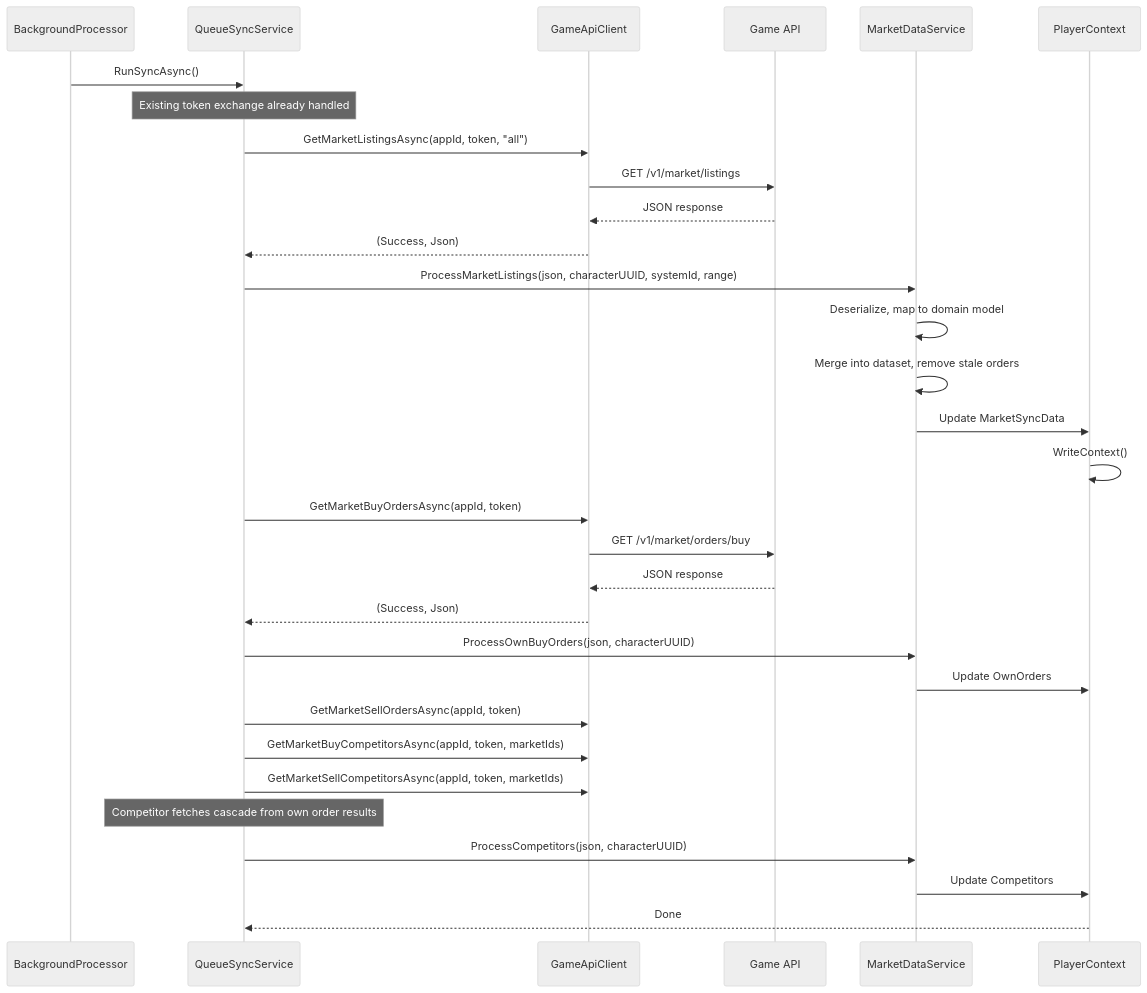
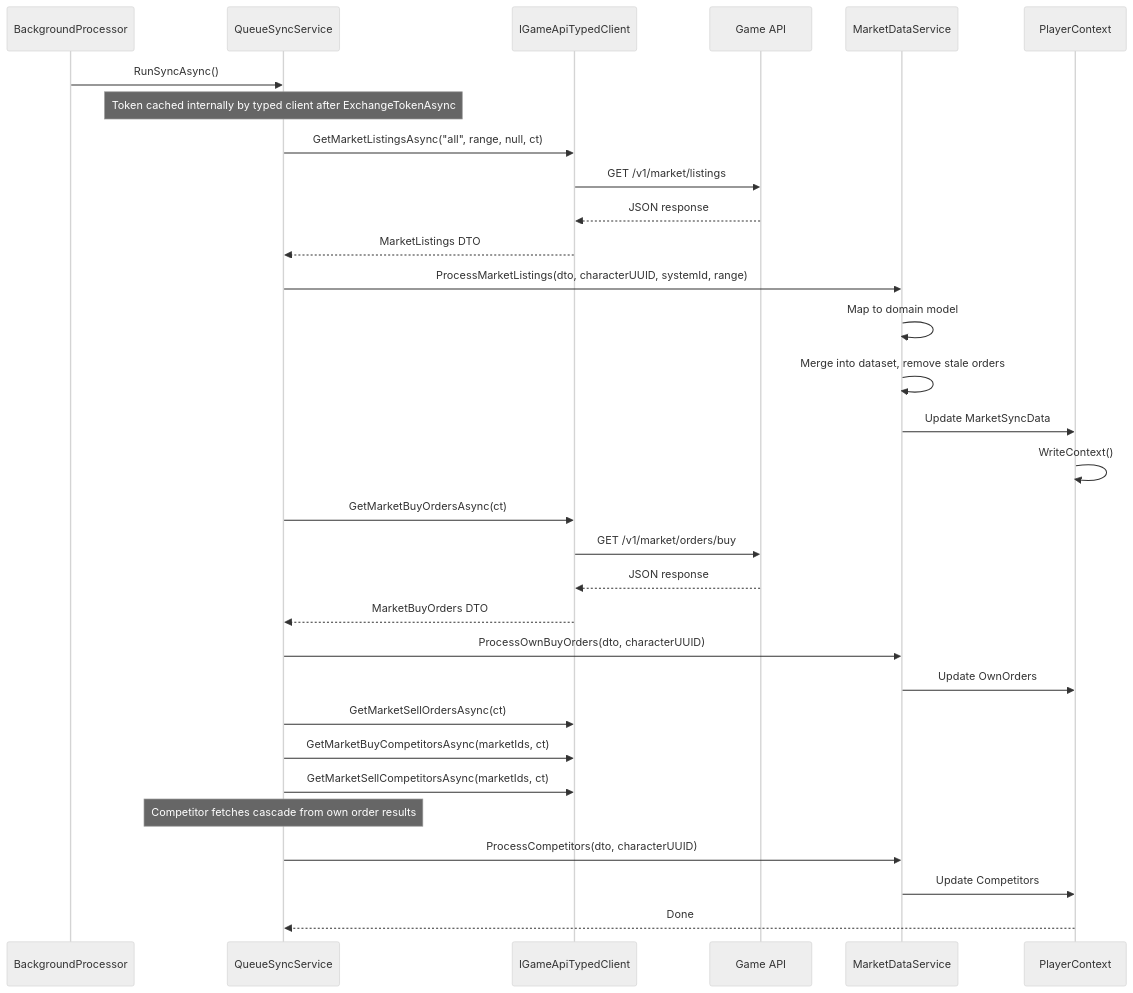
One commit to scalorn/OuterEmpires2EmpireTracker changed the second of 2 diagrams in .kiro/specs/market-integration/design.md. Above: the diagram before and after it, drawn with Mermaid (neutral theme). The commit also changed other lines of this file and 41 other files, not shown here.

First line of the commit message:
Add market sync data model classes (tasks 2.1-2.5)

````diff
--- a/.kiro/specs/market-integration/design.md
+++ b/.kiro/specs/market-integration/design.md
@@ -82,40 +83,40 @@
 ```mermaid
 sequenceDiagram
     participant BP as BackgroundProcessor
     participant QSS as QueueSyncService
-    participant GAC as GameApiClient
+    participant GAC as IGameApiTypedClient
     participant API as Game API
     participant MDS as MarketDataService
     participant PC as PlayerContext
 
     BP->>QSS: RunSyncAsync()
-    Note over QSS: Existing token exchange already handled
+    Note over QSS: Token cached internally by typed client after ExchangeTokenAsync
 
-    QSS->>GAC: GetMarketListingsAsync(appId, token, "all")
+    QSS->>GAC: GetMarketListingsAsync("all", range, null, ct)
     GAC->>API: GET /v1/market/listings
     API-->>GAC: JSON response
-    GAC-->>QSS: (Success, Json)
+    GAC-->>QSS: MarketListings DTO
 
-    QSS->>MDS: ProcessMarketListings(json, characterUUID, systemId, range)
-    MDS->>MDS: Deserialize, map to domain model
+    QSS->>MDS: ProcessMarketListings(dto, characterUUID, systemId, range)
+    MDS->>MDS: Map to domain model
     MDS->>MDS: Merge into dataset, remove stale orders
     MDS->>PC: Update MarketSyncData
     PC->>PC: WriteContext()
 
-    QSS->>GAC: GetMarketBuyOrdersAsync(appId, token)
+    QSS->>GAC: GetMarketBuyOrdersAsync(ct)
     GAC->>API: GET /v1/market/orders/buy
     API-->>GAC: JSON response
-    GAC-->>QSS: (Success, Json)
+    GAC-->>QSS: MarketBuyOrders DTO
 
-    QSS->>MDS: ProcessOwnBuyOrders(json, characterUUID)
+    QSS->>MDS: ProcessOwnBuyOrders(dto, characterUUID)
     MDS->>PC: Update OwnOrders
 
-    QSS->>GAC: GetMarketSellOrdersAsync(appId, token)
-    QSS->>GAC: GetMarketBuyCompetitorsAsync(appId, token, marketIds)
-    QSS->>GAC: GetMarketSellCompetitorsAsync(appId, token, marketIds)
+    QSS->>GAC: GetMarketSellOrdersAsync(ct)
+    QSS->>GAC: GetMarketBuyCompetitorsAsync(marketIds, ct)
+    QSS->>GAC: GetMarketSellCompetitorsAsync(marketIds, ct)
     Note over QSS: Competitor fetches cascade from own order results
 
-    QSS->>MDS: ProcessCompetitors(json, characterUUID)
+    QSS->>MDS: ProcessCompetitors(dto, characterUUID)
     MDS->>PC: Update Competitors
     PC-->>QSS: Done
 ```
````
